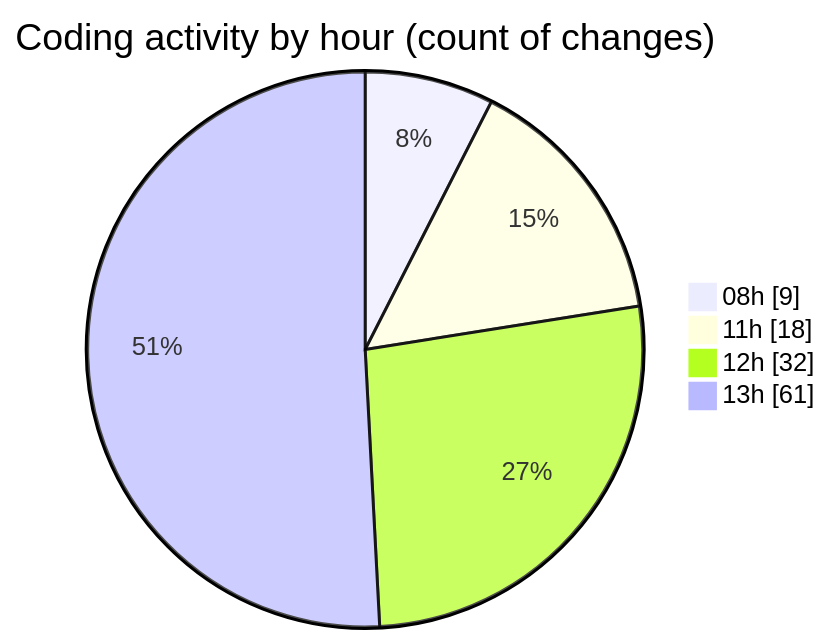
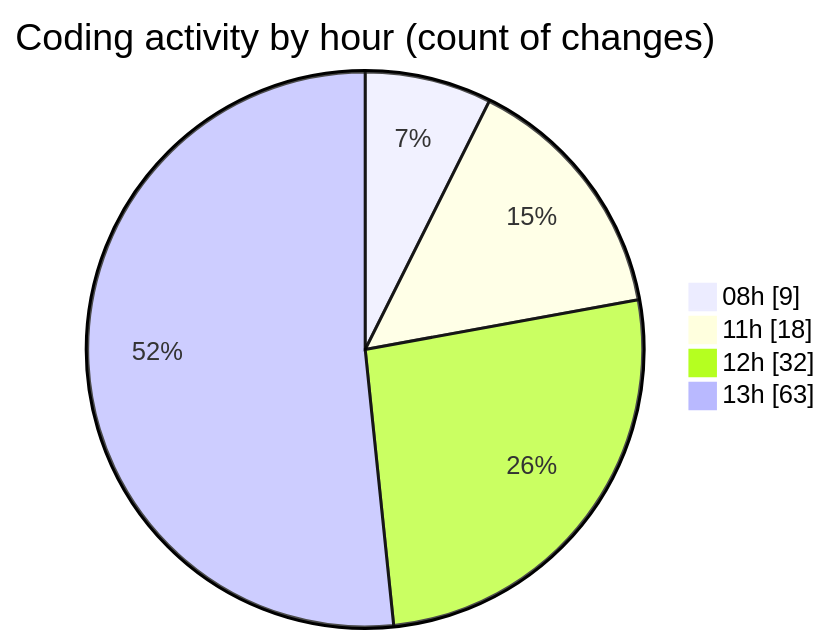
The second of 2 diagrams in 2026-04-17/cda/README.md (momahboobian/code-tracking), drawn with Mermaid before and after one commit. The commit also changed other lines of this file and 1 other file, not shown here.

````diff
--- a/2026-04-17/cda/README.md
+++ b/2026-04-17/cda/README.md
@@ -60,8 +60,8 @@
 ```mermaid
 pie showData
 title Coding activity by hour (count of changes)
 "08h" : 9
 "11h" : 18
 "12h" : 32
-"13h" : 61
+"13h" : 63
 ```
````
